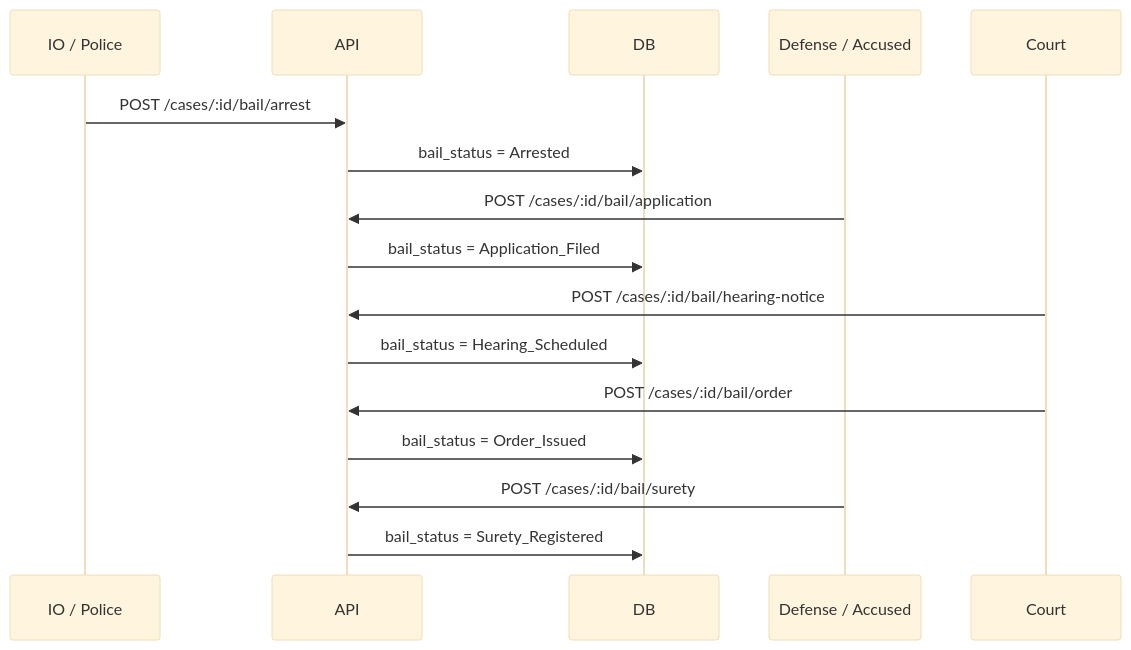
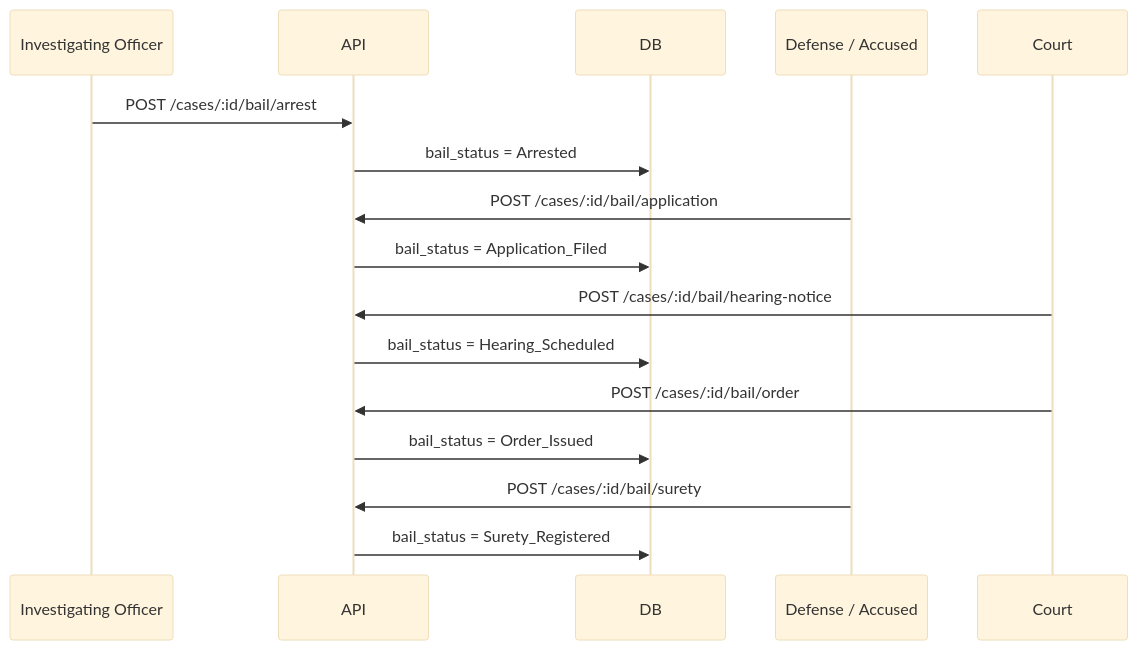
Before and after one commit to VinayakV06V/LegaDoc: the seventh of 17 diagrams in SYSTEM_DESIGN.md, drawn with Mermaid (base theme). The commit also changed other lines of this file and 6 other files, not shown here.

````diff
--- a/SYSTEM_DESIGN.md
+++ b/SYSTEM_DESIGN.md
@@ -362,19 +362,19 @@
 ```mermaid
 sequenceDiagram
-    participant IO as IO / Police
+    participant IO as Investigating Officer
     participant A as API
     participant D as DB
     participant Def as Defense / Accused
     participant C as Court
 
     IO->>A: POST /cases/:id/bail/arrest
     A->>D: bail_status = Arrested
     Def->>A: POST /cases/:id/bail/application
     A->>D: bail_status = Application_Filed
     C->>A: POST /cases/:id/bail/hearing-notice
     A->>D: bail_status = Hearing_Scheduled
     C->>A: POST /cases/:id/bail/order
     A->>D: bail_status = Order_Issued
     Def->>A: POST /cases/:id/bail/surety
     A->>D: bail_status = Surety_Registered
 ```
````
